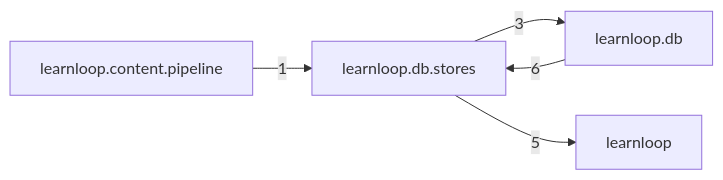
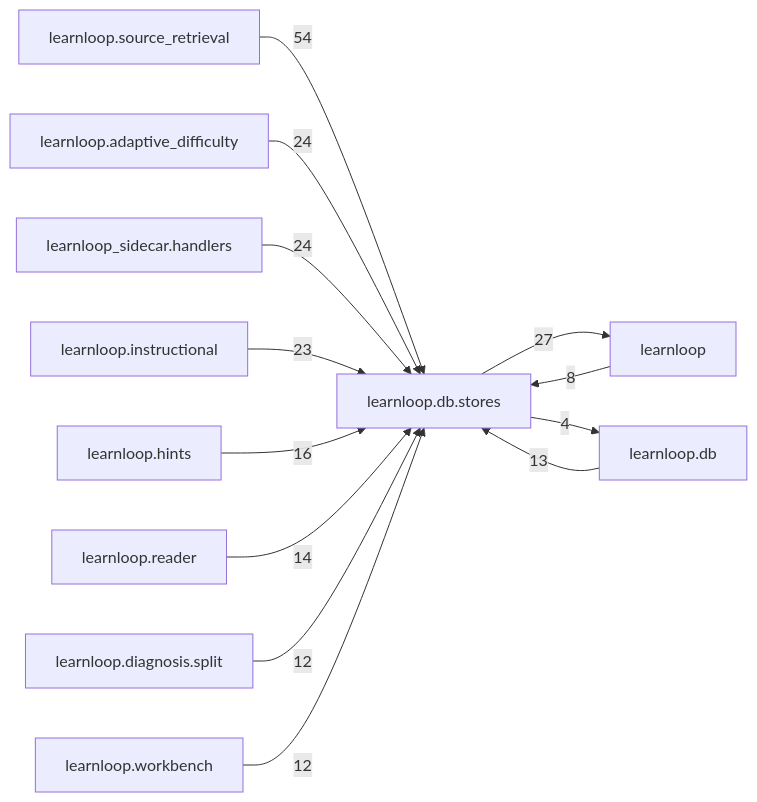
One commit to 6up-b/learnanything changed the diagram in docs/learnloop-architecture-vault/Reference/Modules/learnloop/db/stores/_package.md. Above: the diagram before and after it, drawn with Mermaid. The commit also changed other lines of this file and 1202 other files, not shown here.

````diff
--- a/docs/learnloop-architecture-vault/Reference/Modules/learnloop/db/stores/_package.md
+++ b/docs/learnloop-architecture-vault/Reference/Modules/learnloop/db/stores/_package.md
@@ -76,11 +202,26 @@
 ```mermaid
 flowchart LR
     center["learnloop.db.stores"]
+    n_learnloop_source_retrieval["learnloop.source_retrieval"]
+    n_learnloop["learnloop"]
+    n_learnloop_adaptive_difficulty["learnloop.adaptive_difficulty"]
+    n_learnloop_sidecar_handlers["learnloop_sidecar.handlers"]
+    n_learnloop_instructional["learnloop.instructional"]
     n_learnloop_db["learnloop.db"]
-    n_learnloop["learnloop"]
-    n_learnloop_content_pipeline["learnloop.content.pipeline"]
-    n_learnloop_db -->|6| center
-    center -->|3| n_learnloop_db
-    center -->|5| n_learnloop
-    n_learnloop_content_pipeline -->|1| center
+    n_learnloop_hints["learnloop.hints"]
+    n_learnloop_reader["learnloop.reader"]
+    n_learnloop_diagnosis_split["learnloop.diagnosis.split"]
+    n_learnloop_workbench["learnloop.workbench"]
+    n_learnloop_source_retrieval -->|54| center
+    n_learnloop -->|8| center
+    center -->|27| n_learnloop
+    n_learnloop_adaptive_difficulty -->|24| center
+    n_learnloop_sidecar_handlers -->|24| center
+    n_learnloop_instructional -->|23| center
+    n_learnloop_db -->|13| center
+    center -->|4| n_learnloop_db
+    n_learnloop_hints -->|16| center
+    n_learnloop_reader -->|14| center
+    n_learnloop_diagnosis_split -->|12| center
+    n_learnloop_workbench -->|12| center
 ```
````
